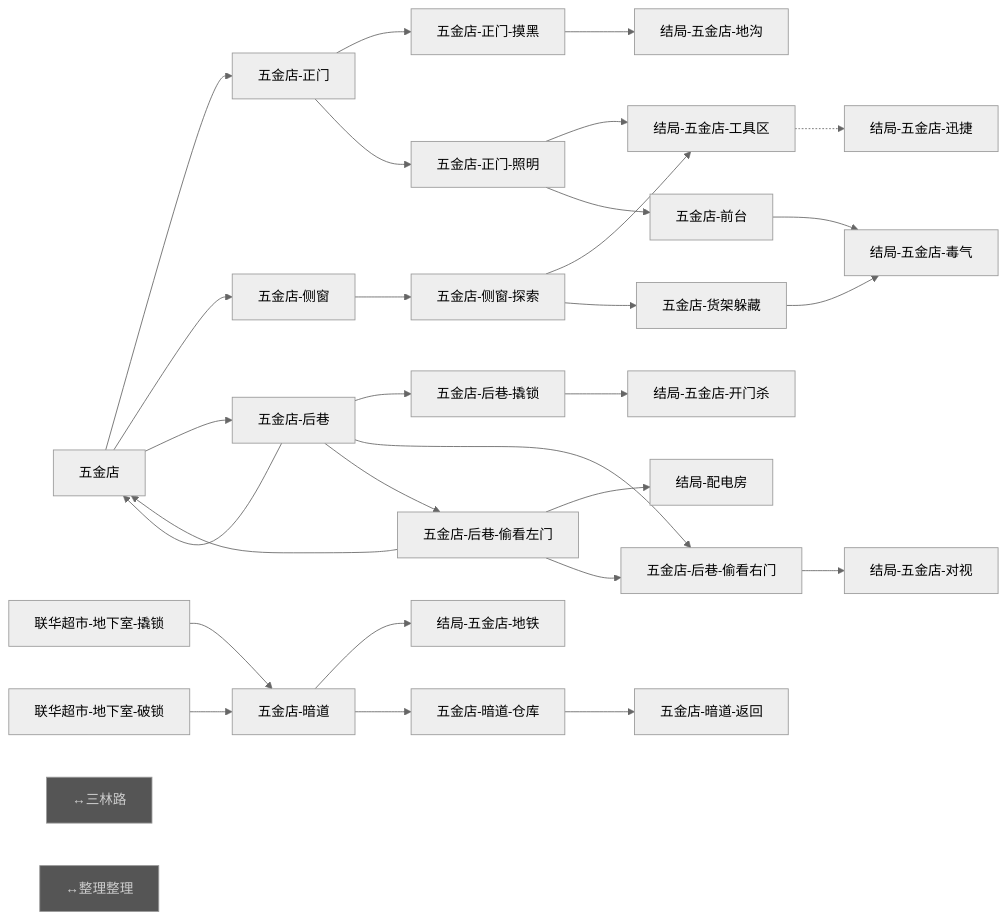
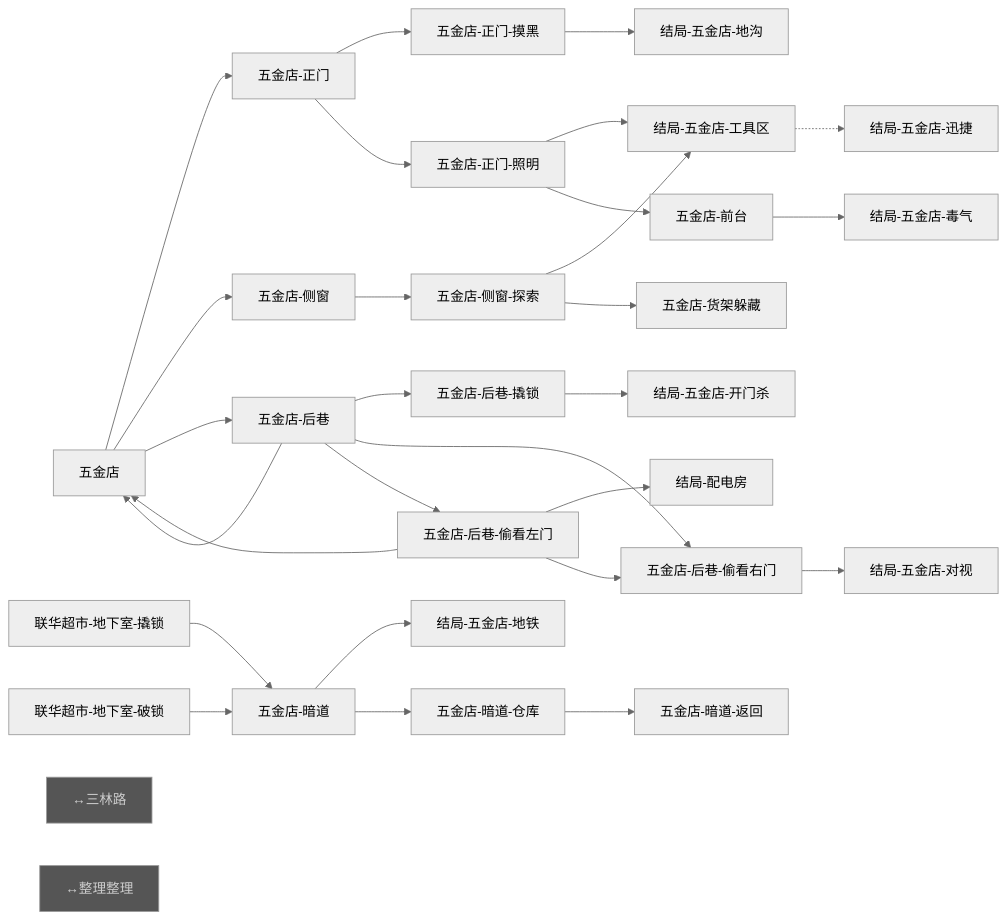
The ninth of 25 diagrams in tools/graph-report/总览.md (bobomymz/Plot-Game), drawn with Mermaid (neutral theme) before and after one commit. The commit also changed other lines of this file and 78 other files, not shown here.

````diff
--- a/tools/graph-report/总览.md
+++ b/tools/graph-report/总览.md
@@ -1387,59 +1394,58 @@
 ```mermaid
 flowchart LR
   n0["五金店"]
   n1["五金店-正门"]
   n2["五金店-正门-摸黑"]
   n3["结局-五金店-地沟"]
   n4["五金店-正门-照明"]
   n5["结局-五金店-工具区"]
   n6["结局-五金店-迅捷"]
   n7["五金店-前台"]
   n8["结局-五金店-毒气"]
   n9["五金店-侧窗"]
   n10["五金店-侧窗-探索"]
   n11["五金店-货架躲藏"]
   n12["五金店-后巷"]
   n13["五金店-后巷-撬锁"]
   n14["结局-五金店-开门杀"]
   n15["五金店-后巷-偷看左门"]
   n16["结局-配电房"]
   n17["五金店-后巷-偷看右门"]
   n18["结局-五金店-对视"]
   n19["联华超市-地下室-撬锁"]
   n20["联华超市-地下室-破锁"]
   n21["五金店-暗道"]
   n22["结局-五金店-地铁"]
   n23["五金店-暗道-仓库"]
   n24["五金店-暗道-返回"]
   n25["↔三林路"]:::ext
   n26["↔整理整理"]:::ext
   n0 --> n1
   n0 --> n9
   n0 --> n12
   n1 --> n2
   n1 --> n4
   n2 --> n3
   n4 --> n5
   n4 --> n7
   n5 -.-> n6
   n7 --> n8
   n9 --> n10
   n10 --> n5
   n10 --> n11
-  n11 --> n8
   n12 --> n13
   n12 --> n17
   n12 --> n15
   n12 --> n0
   n13 --> n14
   n15 --> n16
   n15 --> n17
   n15 --> n0
   n17 --> n18
   n19 --> n21
   n20 --> n21
   n21 --> n22
   n21 --> n23
   n23 --> n24
   classDef ext fill:#555,color:#ccc;
 ```
````
